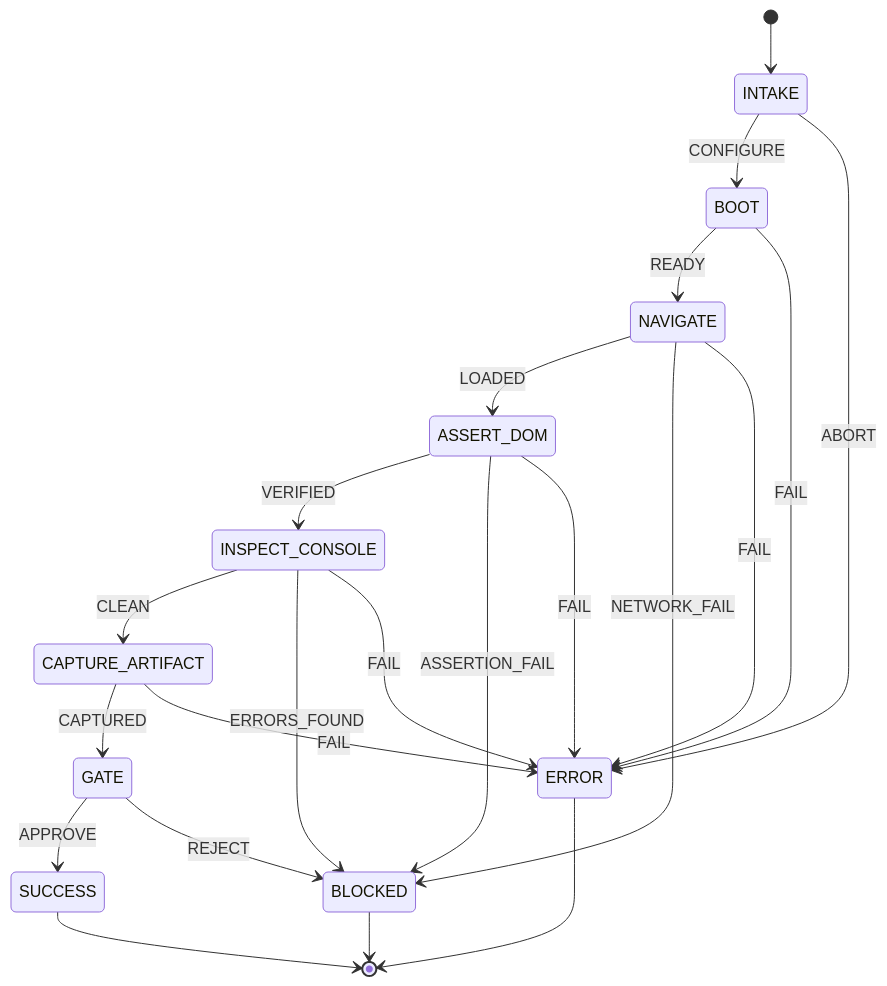
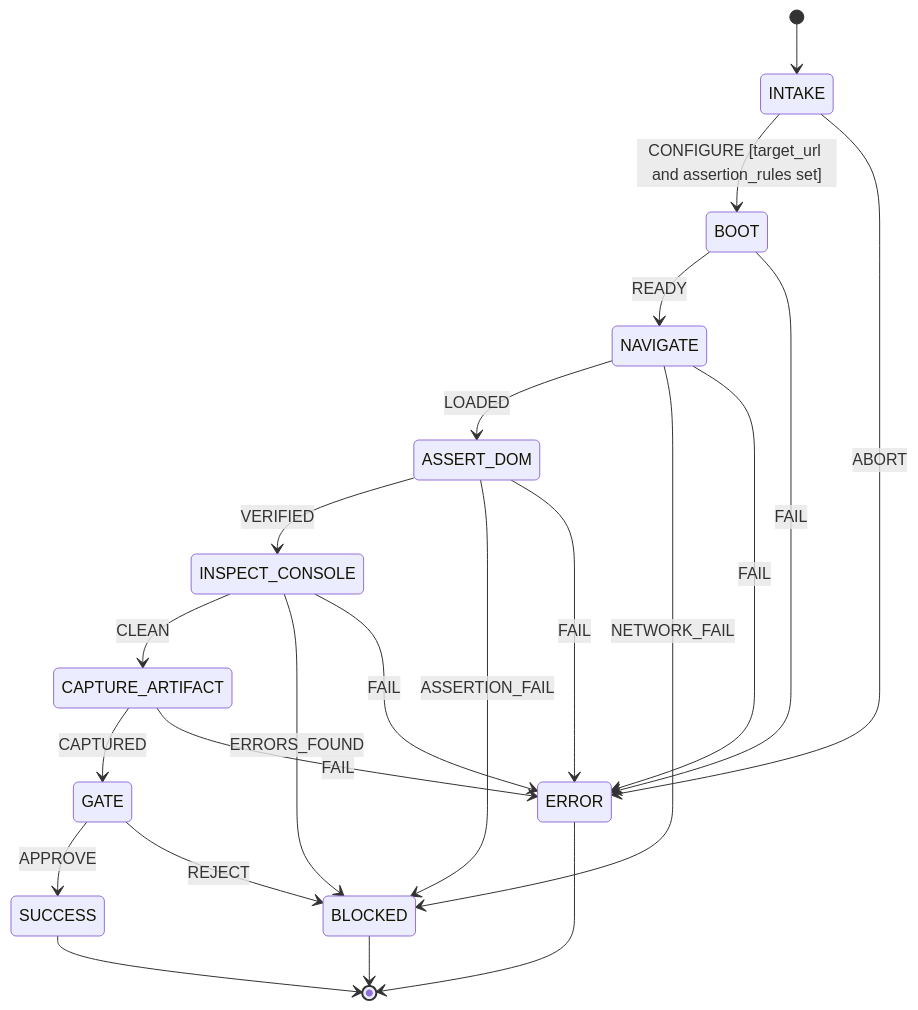
One commit to Reactive-Skills/skills changed the diagram in browser-verifier/STATECHART.md. Above: the diagram before and after it, drawn with Mermaid. The commit also changed 46 other files, not shown here.

````diff
--- a/browser-verifier/STATECHART.md
+++ b/browser-verifier/STATECHART.md
@@ -3,31 +3,31 @@
 ```mermaid
 stateDiagram-v2
     [*] --> INTAKE
-    INTAKE --> BOOT: CONFIGURE
+    INTAKE --> BOOT: CONFIGURE [target_url and assertion_rules set]
     INTAKE --> ERROR: ABORT
 
     BOOT --> NAVIGATE: READY
     BOOT --> ERROR: FAIL
 
     NAVIGATE --> ASSERT_DOM: LOADED
     NAVIGATE --> BLOCKED: NETWORK_FAIL
     NAVIGATE --> ERROR: FAIL
 
     ASSERT_DOM --> INSPECT_CONSOLE: VERIFIED
     ASSERT_DOM --> BLOCKED: ASSERTION_FAIL
     ASSERT_DOM --> ERROR: FAIL
 
     INSPECT_CONSOLE --> CAPTURE_ARTIFACT: CLEAN
     INSPECT_CONSOLE --> BLOCKED: ERRORS_FOUND
     INSPECT_CONSOLE --> ERROR: FAIL
 
     CAPTURE_ARTIFACT --> GATE: CAPTURED
     CAPTURE_ARTIFACT --> ERROR: FAIL
 
     GATE --> SUCCESS: APPROVE
     GATE --> BLOCKED: REJECT
 
     SUCCESS --> [*]
     BLOCKED --> [*]
     ERROR --> [*]
 ```
````
